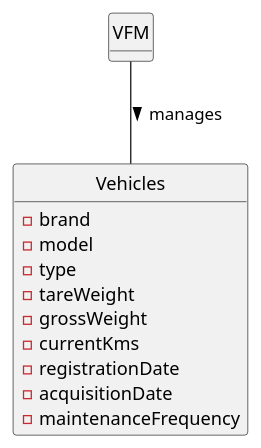
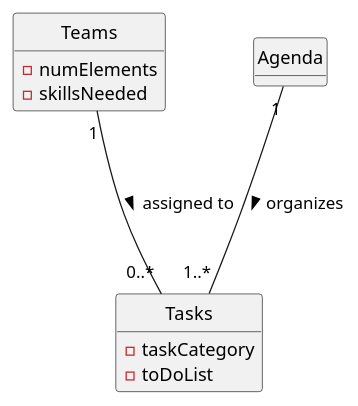
The diagram in docs/sprintC/us0023/02.analysis/puml/us23-domain-model.puml (Mendoncaa/LAPR2), drawn with PlantUML before and after one commit. The commit also changed 14 other files, not shown here.

```diff
--- a/docs/sprintC/us0023/02.analysis/puml/us23-domain-model.puml
+++ b/docs/sprintC/us0023/02.analysis/puml/us23-domain-model.puml
@@ -1,23 +1,22 @@
 @startuml
 
 hide methods
 hide circle
 
-class VFM {
+class Teams {
+  - numElements
+  - skillsNeeded
 }
 
-class Vehicles {
-  - brand
-  - model
-  - type
-  - tareWeight
-  - grossWeight
-  - currentKms
-  - registrationDate
-  - acquisitionDate
-  - maintenanceFrequency
+class Tasks {
+  - taskCategory
+  - toDoList
 }
 
-VFM -- Vehicles : manages >
+class Agenda {
 
+}
+
+Teams "1"---"0..*" Tasks : assigned to >
+Agenda "1"---"1..*" Tasks : organizes >
 @enduml
```
